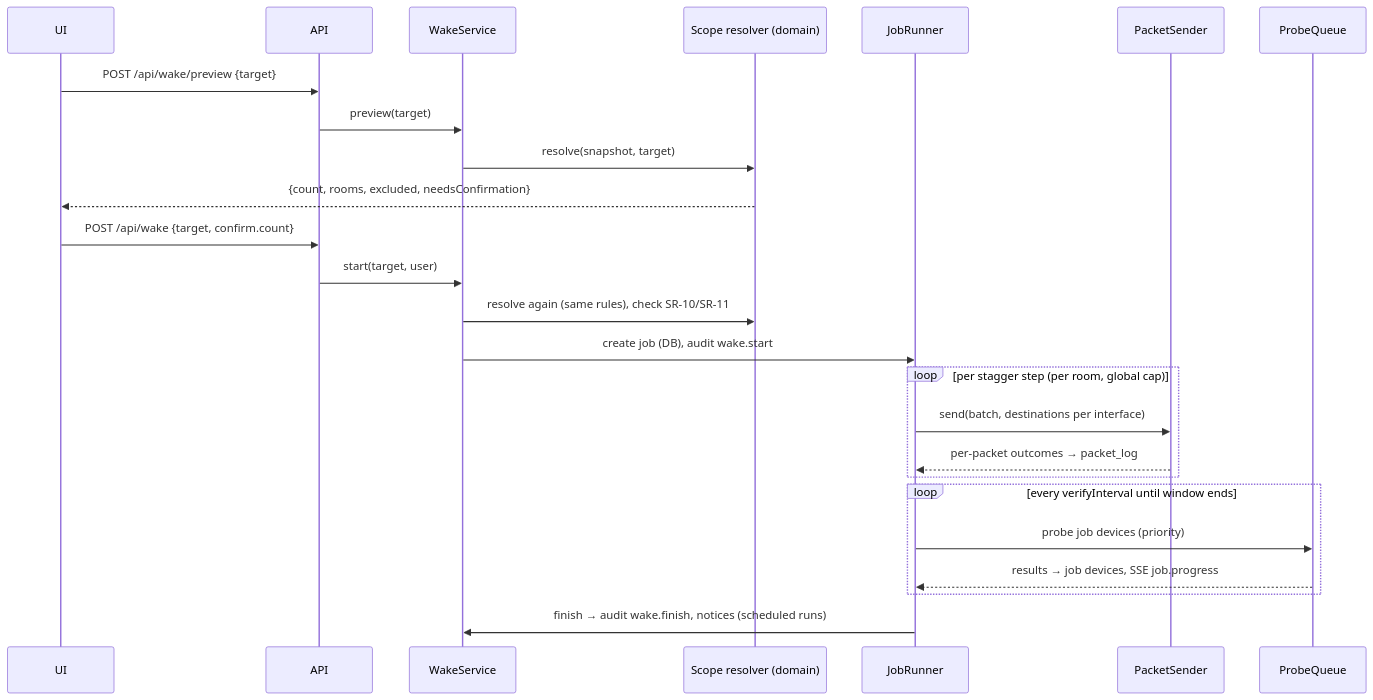
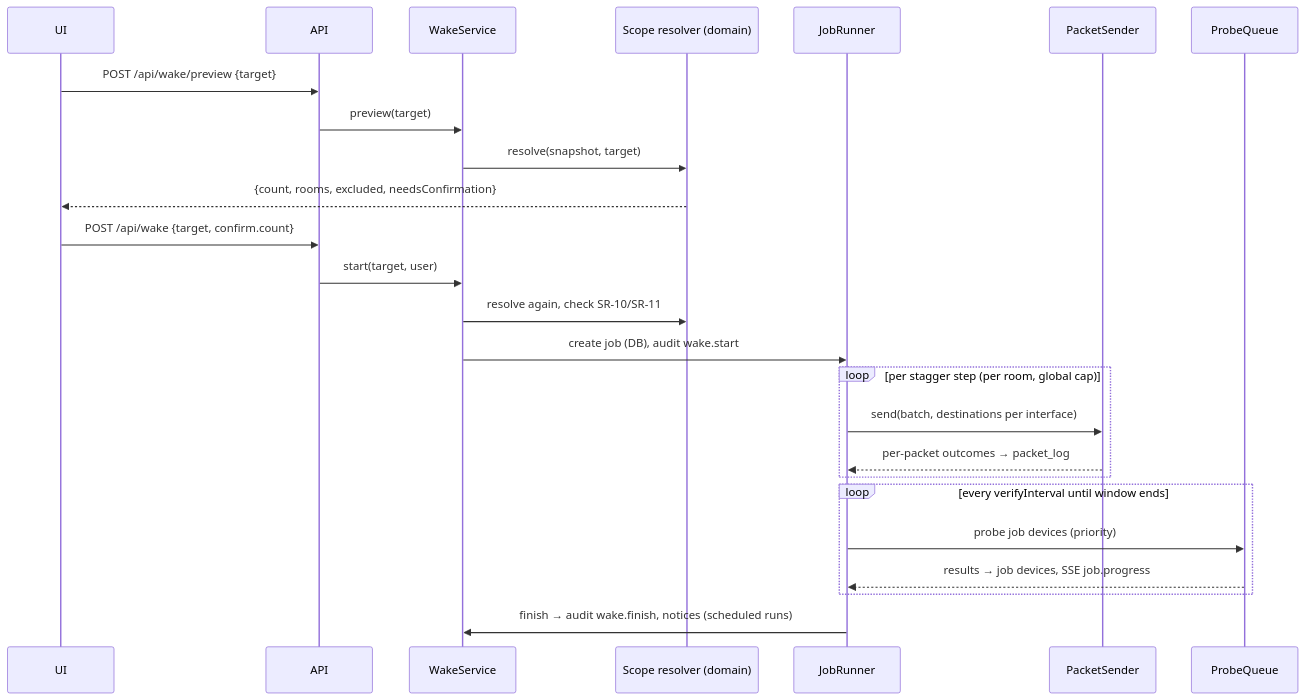
One commit to BryanWalace/UniWake changed the second of 3 diagrams in specs/plan.md. Above: the diagram before and after it, drawn with Mermaid. The commit also changed other lines of this file and 9 other files, not shown here.

````diff
--- a/specs/plan.md
+++ b/specs/plan.md
@@ -213,27 +264,27 @@
 ```mermaid
 sequenceDiagram
   participant UI
   participant API
   participant WS as WakeService
   participant R as Scope resolver (domain)
   participant J as JobRunner
   participant S as PacketSender
   participant P as ProbeQueue
   UI->>API: POST /api/wake/preview {target}
   API->>WS: preview(target)
   WS->>R: resolve(snapshot, target)
   R-->>UI: {count, rooms, excluded, needsConfirmation}
   UI->>API: POST /api/wake {target, confirm.count}
   API->>WS: start(target, user)
-  WS->>R: resolve again (same rules), check SR-10/SR-11
+  WS->>R: resolve again, check SR-10/SR-11
   WS->>J: create job (DB), audit wake.start
   loop per stagger step (per room, global cap)
     J->>S: send(batch, destinations per interface)
     S-->>J: per-packet outcomes → packet_log
   end
   loop every verifyInterval until window ends
     J->>P: probe job devices (priority)
     P-->>J: results → job devices, SSE job.progress
   end
   J->>WS: finish → audit wake.finish, notices (scheduled runs)
 ```
````
